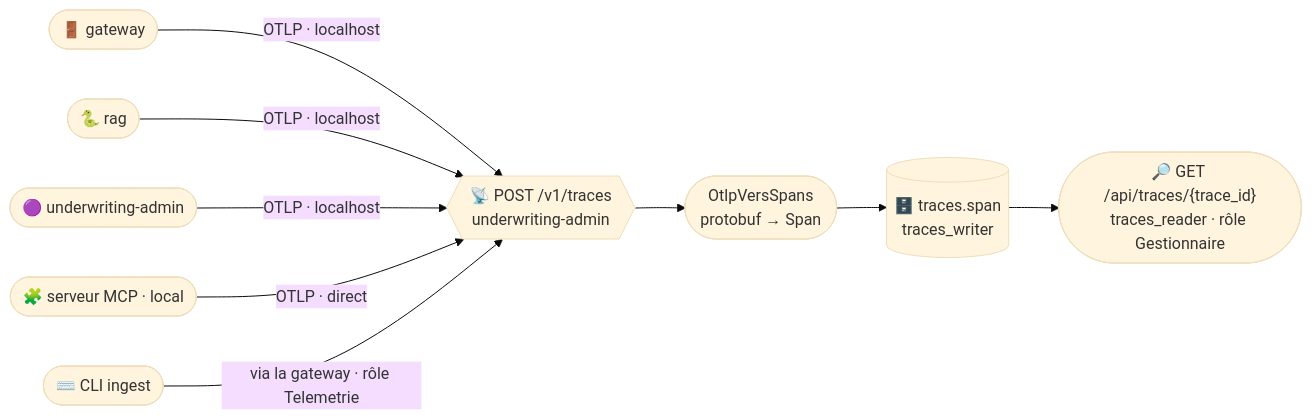
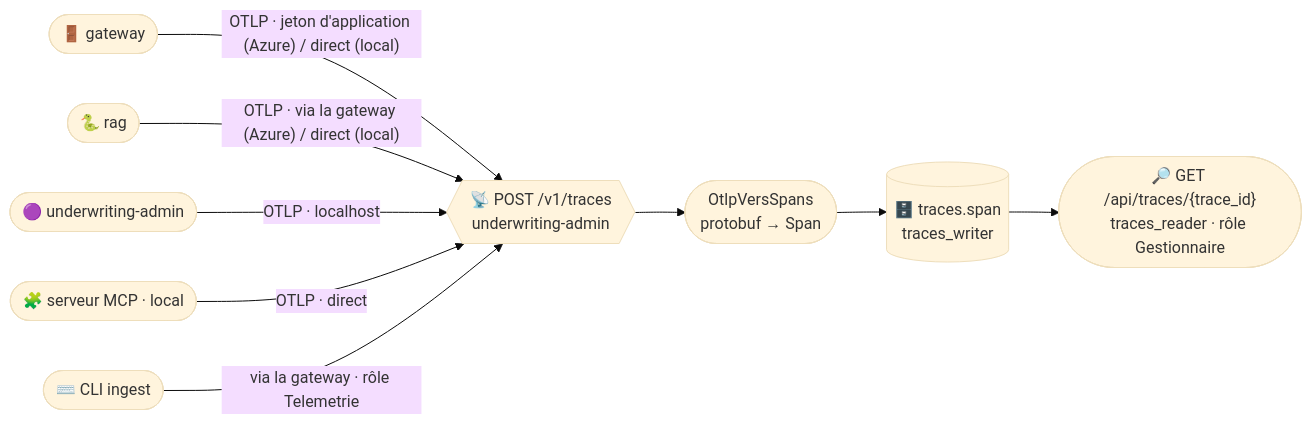
One commit to acerolaz/agentinsurflow changed the diagram in docs/donnees/traces.md. Above: the diagram before and after it, drawn with Mermaid (base theme). The commit also changed other lines of this file and 13 other files, not shown here.

Commit message:
feat(infra): underwriting-admin dans sa Container App (#70)

````diff
--- a/docs/donnees/traces.md
+++ b/docs/donnees/traces.md
@@ -19,10 +19,10 @@
 ```mermaid
 flowchart LR
-    GW(["🚪 gateway"]) -- "OTLP · localhost" --> RX{{"📡 POST /v1/traces<br/>underwriting-admin"}}
-    RAG(["🐍 rag"]) -- "OTLP · localhost" --> RX
+    GW(["🚪 gateway"]) -- "OTLP · jeton d'application (Azure) / direct (local)" --> RX{{"📡 POST /v1/traces<br/>underwriting-admin"}}
+    RAG(["🐍 rag"]) -- "OTLP · via la gateway (Azure) / direct (local)" --> RX
     UA(["🟣 underwriting-admin"]) -- "OTLP · localhost" --> RX
     MCP(["🧩 serveur MCP · local"]) -- "OTLP · direct" --> RX
     CLI(["⌨️ CLI ingest"]) -- "via la gateway · rôle Telemetrie" --> RX
     RX --> CONV(["OtlpVersSpans<br/>protobuf → Span"]) --> TR[("🗄️ traces.span<br/>traces_writer")]
     TR --> Q(["🔎 GET /api/traces/{trace_id}<br/>traces_reader · rôle Gestionnaire"])
 ```
````
